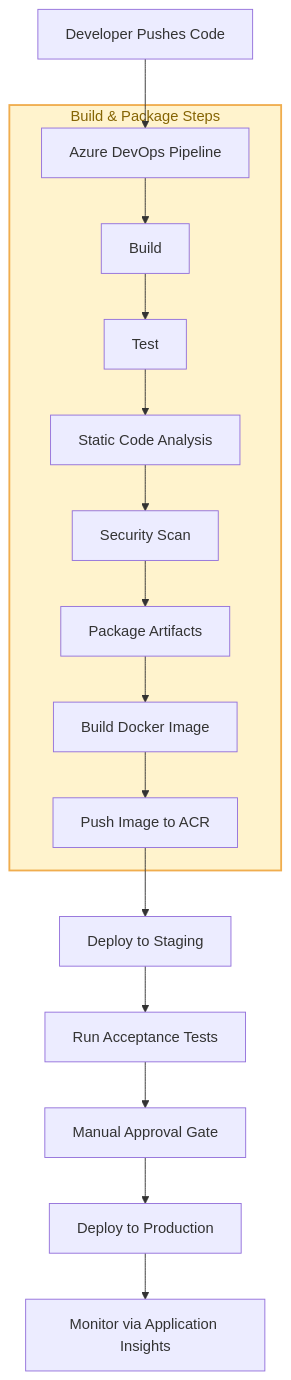
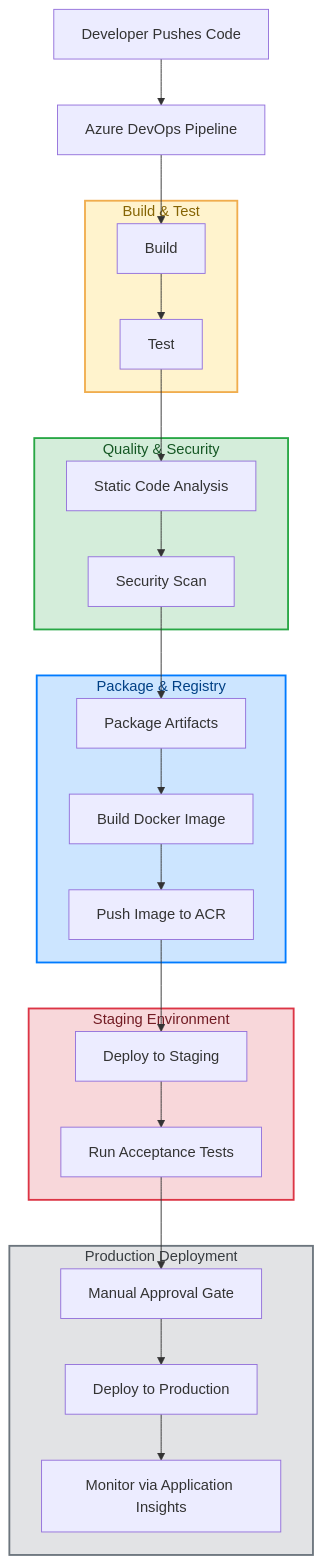
Before and after one commit to cassmastern/lers-sandbox: the fourth of 5 diagrams in docs/jakarta-ee-azure.md, drawn with Mermaid. The commit also changed other lines of this file, not shown here.

Commit message:
jakarta diagrams 'portraitized' a littl bit (can't do much)

````diff
--- a/docs/jakarta-ee-azure.md
+++ b/docs/jakarta-ee-azure.md
@@ -122,24 +151,58 @@
 ```mermaid
 graph TD
-  subgraph Build_Package [Build & Package Steps]
-    style Build_Package fill:#fff3cd,stroke:#f0ad4e,stroke-width:2px,color:#856404
+    A["Developer Pushes Code"]
     B["Azure DevOps Pipeline"]
-    C1["Build"]
-    C2["Test"]
-    D1["Static Code Analysis"]
-    D2["Security Scan"]
-    E["Package Artifacts"]
-    F1["Build Docker Image"]
-    F2["Push Image to ACR"]
-  end
+  
+    subgraph BuildTest ["Build & Test"]
+        C1["Build"]
+        C2["Test"]
+    end
+  
+    subgraph QualitySec ["Quality & Security"]
+        D1["Static Code Analysis"]
+        D2["Security Scan"]
+    end
+  
+    subgraph PackageReg ["Package & Registry"]
+        E["Package Artifacts"]
+        F1["Build Docker Image"]
+        F2["Push Image to ACR"]
+    end
+  
+    subgraph StagingEnv ["Staging Environment"]
+        G["Deploy to Staging"]
+        H["Run Acceptance Tests"]
+    end
+  
+    subgraph ProdDeploy ["Production Deployment"]
+        I["Manual Approval Gate"]
+        J["Deploy to Production"]
+        K["Monitor via Application Insights"]
+    end
 
-  A["Developer Pushes Code"] --> B
-  B --> C1 --> C2
-  C2 --> D1 --> D2
-  D2 --> E --> F1 --> F2
-  F2 --> G["Deploy to Staging"]
-  G --> H["Run Acceptance Tests"]
-  H --> I["Manual Approval Gate"]
-  I --> J["Deploy to Production"]
-  J --> K["Monitor via Application Insights"]
+    A --> B
+    B --> C1
+    C1 --> C2
+    C2 --> D1
+    D1 --> D2
+    D2 --> E
+    E --> F1
+    F1 --> F2
+    F2 --> G
+    G --> H
+    H --> I
+    I --> J
+    J --> K
+  
+    classDef buildStyle fill:#fff3cd,stroke:#f0ad4e,stroke-width:2px,color:#856404
+    classDef qualityStyle fill:#d4edda,stroke:#28a745,stroke-width:2px,color:#155724
+    classDef packageStyle fill:#cce5ff,stroke:#007bff,stroke-width:2px,color:#004085
+    classDef stagingStyle fill:#f8d7da,stroke:#dc3545,stroke-width:2px,color:#721c24
+    classDef prodStyle fill:#e2e3e5,stroke:#6c757d,stroke-width:2px,color:#383d41
+  
+    class BuildTest buildStyle
+    class QualitySec qualityStyle
+    class PackageReg packageStyle
+    class StagingEnv stagingStyle
+    class ProdDeploy prodStyle
 ```
````
